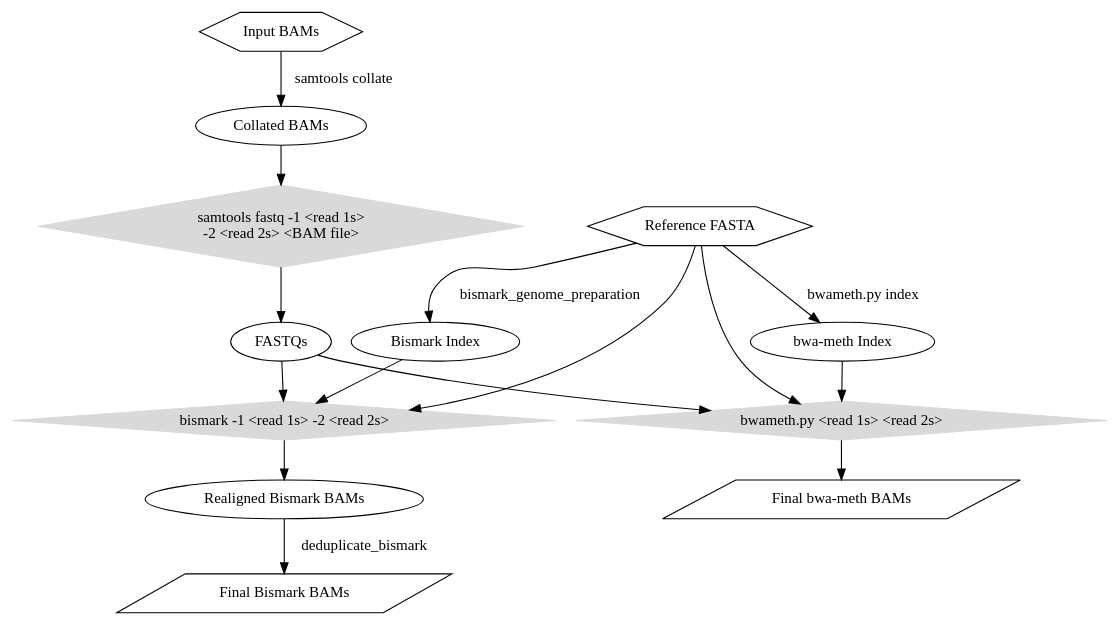
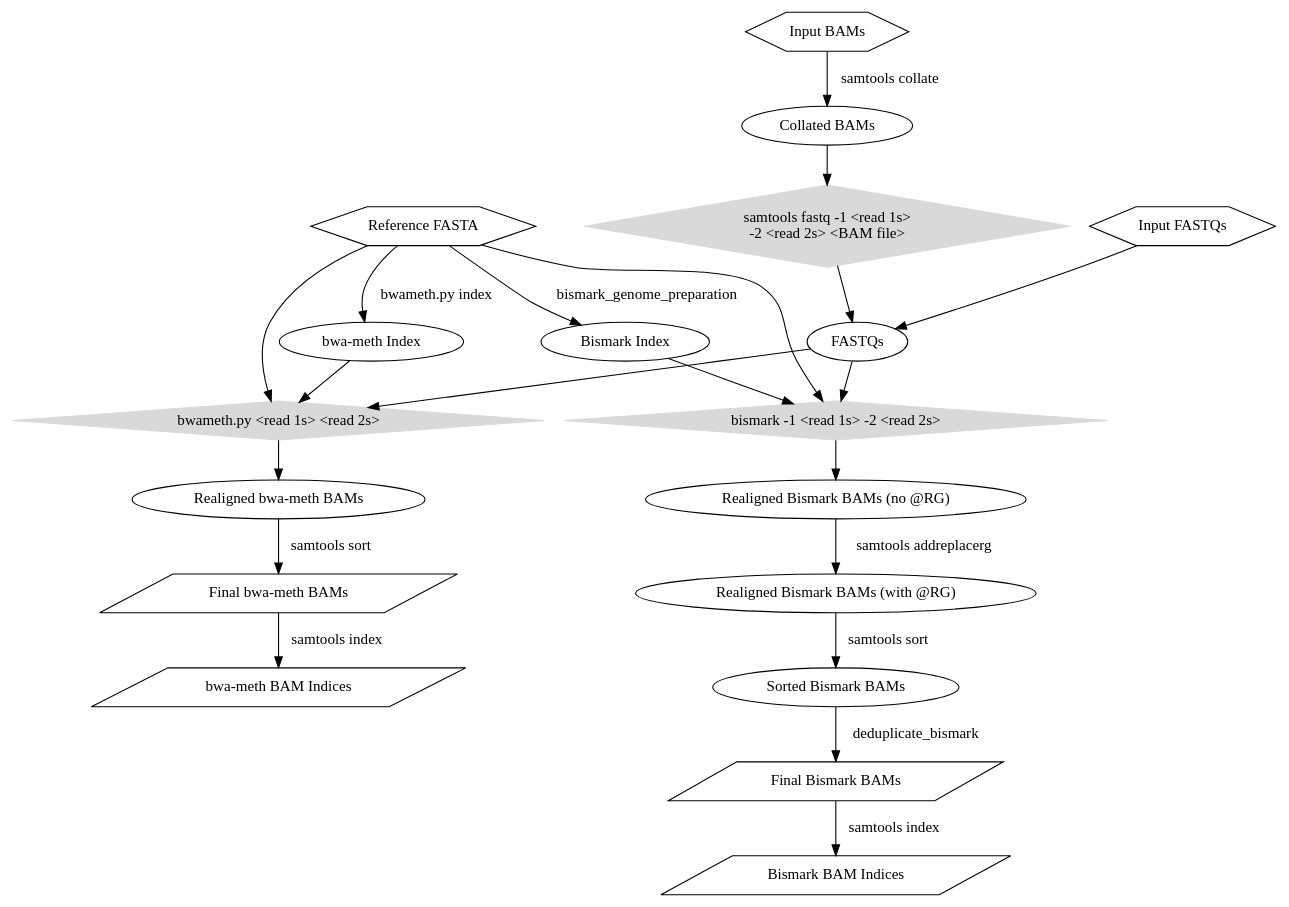
One commit to nebiolabs/low_bismap_methyl_calls changed the diagram in realign workflow.dot. Above: the diagram before and after it, drawn with Graphviz. The commit also changed 8 other files, not shown here.

```diff
--- a/realign workflow.dot
+++ b/realign workflow.dot
@@ -1,45 +1,63 @@
 digraph workflow {
 
 	"Reference FASTA" [shape=hexagon];
 
 	"Input BAMs" [shape=hexagon];
 
+	"Input FASTQs" [shape=hexagon];
+
 	"Final Bismark BAMs" [shape=parallelogram];
 
+	"Bismark BAM Indices" [shape=parallelogram];
+
 	"Final bwa-meth BAMs" [shape=parallelogram];
+
+	"bwa-meth BAM Indices" [shape=parallelogram];
 
 	"Bismark" [shape=diamond,  color=gray85, style=filled, label="bismark -1 <read 1s> -2 <read 2s>"];
 	
 	"samtools fastq" [shape=diamond,  color=gray85, style=filled, label="samtools fastq -1 <read 1s> \n-2 <read 2s> <BAM file>"];
 
 	"bwa-meth" [shape=diamond,  color=gray85, style=filled, label="bwameth.py <read 1s> <read 2s>"];
 
 	"Input BAMs" -> "Collated BAMs" [label="samtools collate"];
 
 	"Collated BAMs" -> "samtools fastq";
 
 	"samtools fastq" -> "FASTQs";
+
+	"Input FASTQs" -> "FASTQs";
 
 	"FASTQs" -> "Bismark";
 
 	"FASTQs" -> "bwa-meth";
 
 	"Bismark Index" -> "Bismark";
 
 	"bwa-meth Index" -> "bwa-meth";
 
 	"Reference FASTA" -> "Bismark Index" [label="bismark_genome_preparation"];
 
 	"Reference FASTA" -> "bwa-meth Index" [label="bwameth.py index"];
 
 	"Reference FASTA" -> "Bismark";
 
 	"Reference FASTA" -> "bwa-meth";
 
-	"Bismark" -> "Realigned Bismark BAMs";
+	"Bismark" -> "Realigned Bismark BAMs (no @RG)";
 
-	"Realigned Bismark BAMs" -> "Final Bismark BAMs" [label="deduplicate_bismark"];
+	"Realigned Bismark BAMs (no @RG)" -> "Realigned Bismark BAMs (with @RG)" [label="samtools addreplacerg"];
 
-	"bwa-meth" -> "Final bwa-meth BAMs";
+	"Realigned Bismark BAMs (with @RG)" -> "Sorted Bismark BAMs" [label="samtools sort"];
+
+	"Sorted Bismark BAMs" -> "Final Bismark BAMs" [label="deduplicate_bismark"];
+
+	"Final Bismark BAMs" -> "Bismark BAM Indices" [label="samtools index"];
+
+	"bwa-meth" -> "Realigned bwa-meth BAMs";
+
+	"Realigned bwa-meth BAMs" -> "Final bwa-meth BAMs" [label="samtools sort"];
+
+	"Final bwa-meth BAMs" -> "bwa-meth BAM Indices" [label="samtools index"];
 
 }
```
